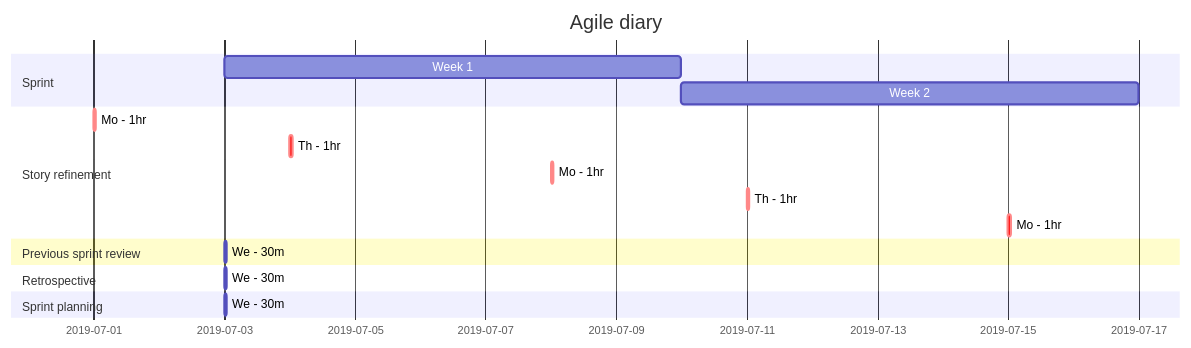
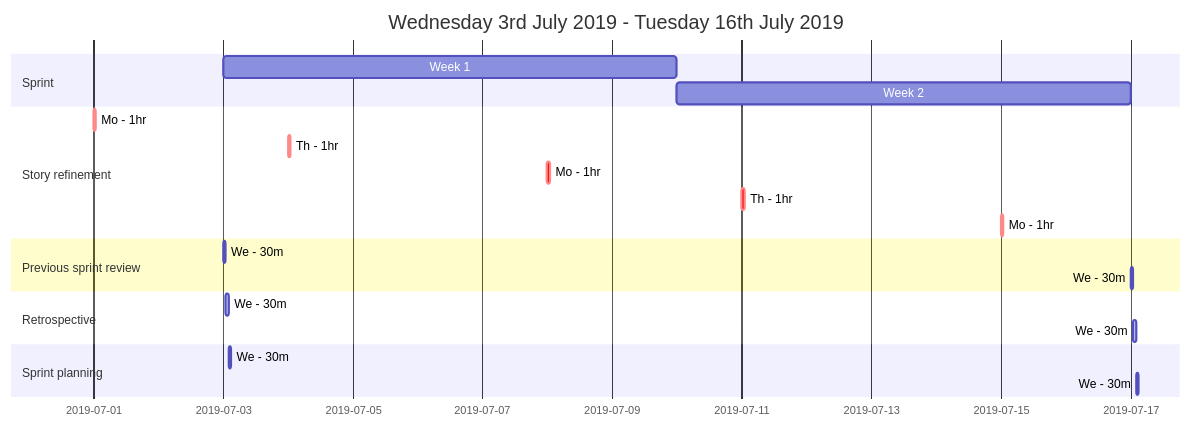
Before and after one commit to ianpowell2017/ianpowell2017.github.io: the diagram in _posts/2019-08-03-agile-diary.md, drawn with Mermaid. The commit also changed other lines of this file, not shown here.

````diff
--- a/_posts/2019-08-03-agile-diary.md
+++ b/_posts/2019-08-03-agile-diary.md
@@ -26,24 +10,27 @@
 ```mermaid
 gantt
-    title Agile diary
+    title Wednesday 3rd July 2019 - Tuesday 16th July 2019
 
     section Sprint
     Week 1          :a1, 2019-07-03, 1w
     Week 2          :b1, 2019-07-10, 1w
 
     section Story refinement
-    Mo - 1hr :crit, c, 2019-07-01, 1h
-    Th - 1hr :crit, d, 2019-07-04, 1h
-    Mo - 1hr :crit, e, 2019-07-08, 1h
-    Th - 1hr :crit, f, 2019-07-11, 1h
-    Mo - 1hr :crit, g, 2019-07-15, 1h
+    Mo - 1hr :crit, st1, 2019-07-01, 1h
+    Th - 1hr :crit, st2, 2019-07-04, 1h
+    Mo - 1hr :crit, st3, 2019-07-08, 1h
+    Th - 1hr :crit, st4, 2019-07-11, 1h
+    Mo - 1hr :crit, st4, 2019-07-15, 1h
 
     section Previous sprint review
-    We - 30m :active, h, 2019-07-03, 1h
+    We - 30m :active, sprintreview1, 2019-07-03, 1h
+    We - 30m :active, sprintreview2, 2019-07-17, 1h
 
     section Retrospective
-    We - 30m :active, h, 2019-07-03, 1h
+    We - 30m :active, retrospective1, after sprintreview1, 1h
+    We - 30m :active, retrospective2, after sprintreview2, 1h
 
     section Sprint planning
-    We - 30m :active, i, 2019-07-03, 1h
+    We - 30m :active, sprintplanning1, after retrospective1, 1h
+    We - 30m :active, sprintplanning2, after retrospective2, 1h
 ```
````
